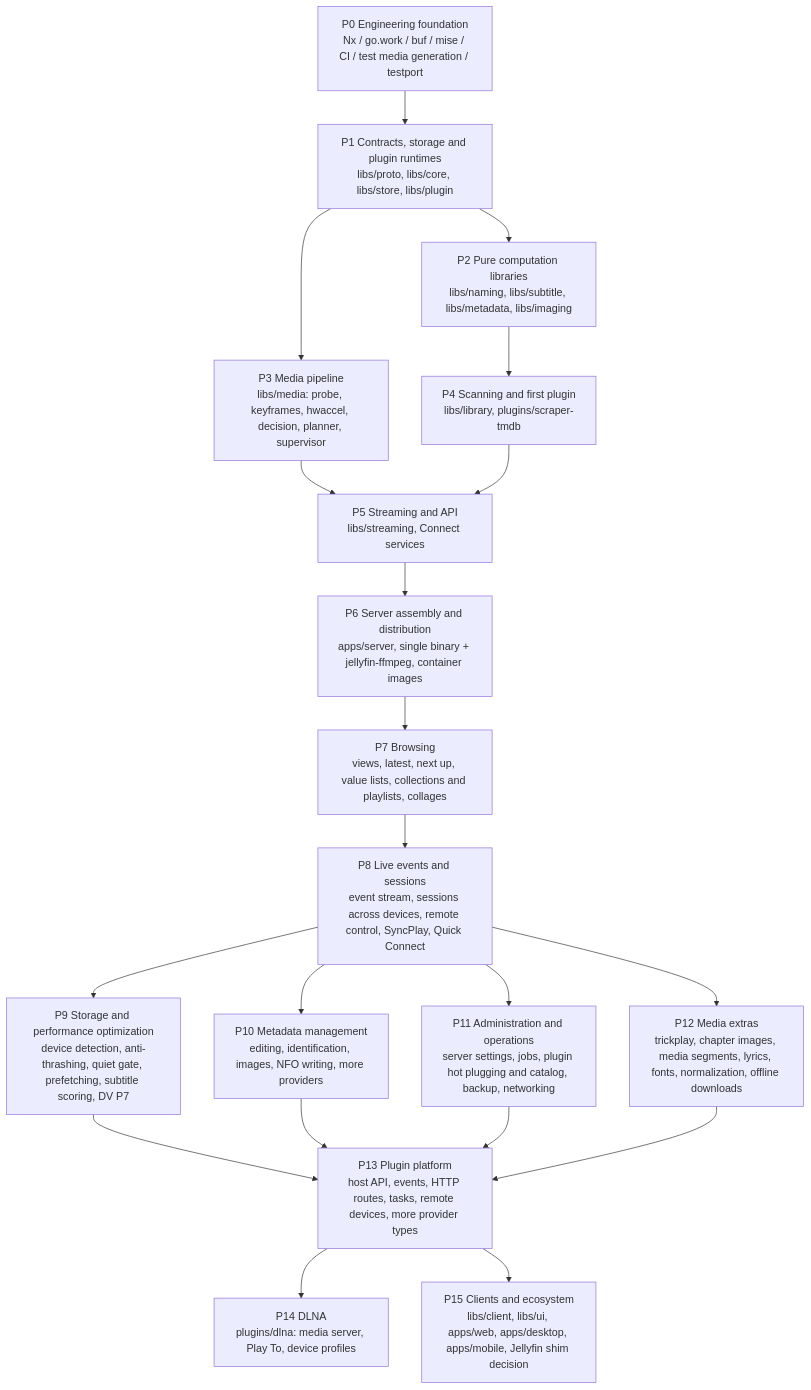
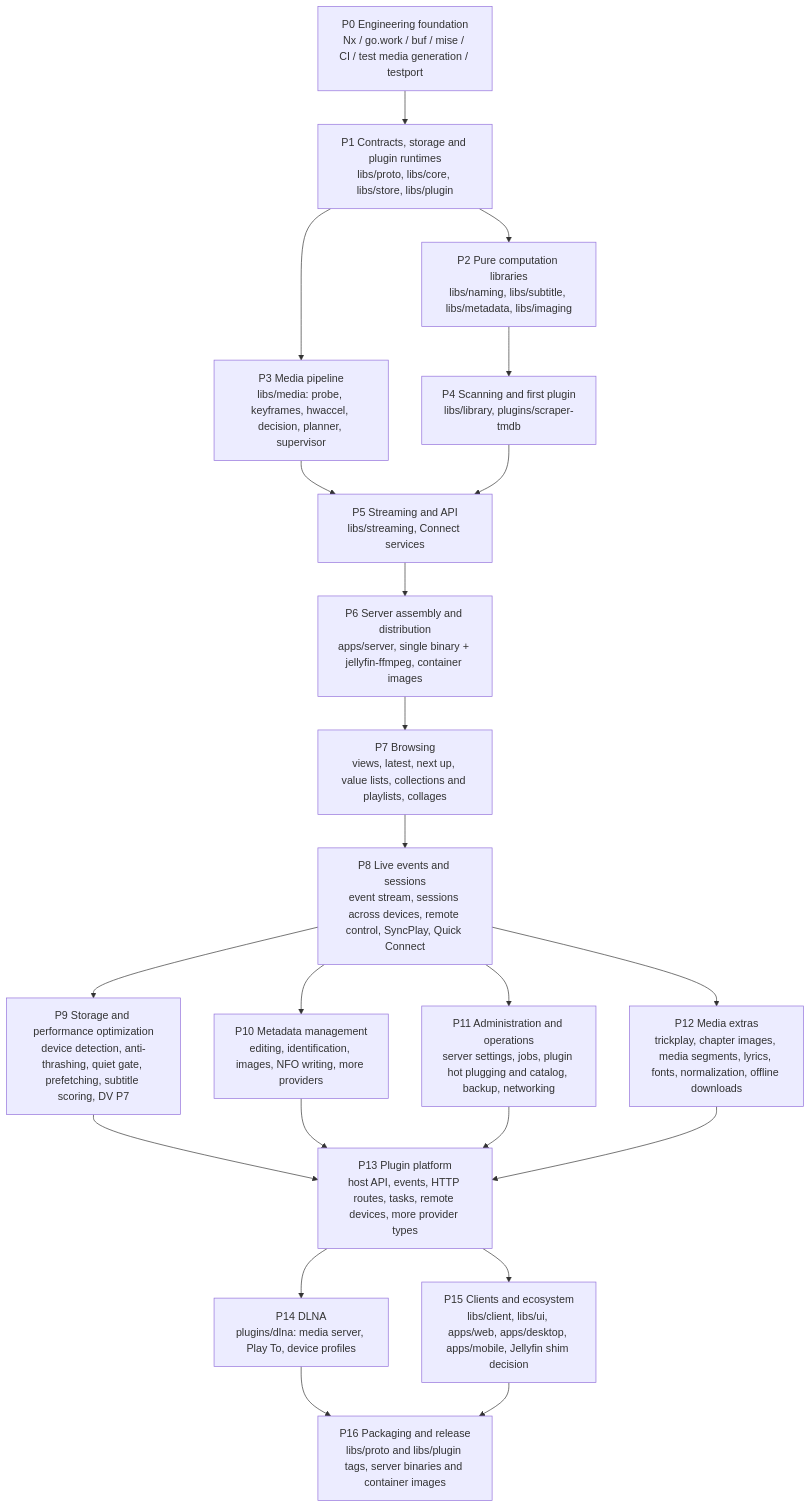
The diagram in docs/roadmap.md (mavioai/mavio), drawn with Mermaid before and after one commit. The commit also changed other lines of this file and 1 other file, not shown here.

````diff
--- a/docs/roadmap.md
+++ b/docs/roadmap.md
@@ -20,39 +20,42 @@
 ```mermaid
 flowchart TD
     P0["P0 Engineering foundation<br/>Nx / go.work / buf / mise / CI / test media generation / testport"]
     P1["P1 Contracts, storage and plugin runtimes<br/>libs/proto, libs/core, libs/store, libs/plugin"]
     P2["P2 Pure computation libraries<br/>libs/naming, libs/subtitle, libs/metadata, libs/imaging"]
     P3["P3 Media pipeline<br/>libs/media: probe, keyframes, hwaccel, decision, planner, supervisor"]
     P4["P4 Scanning and first plugin<br/>libs/library, plugins/scraper-tmdb"]
     P5["P5 Streaming and API<br/>libs/streaming, Connect services"]
     P6["P6 Server assembly and distribution<br/>apps/server, single binary + jellyfin-ffmpeg, container images"]
     P7["P7 Browsing<br/>views, latest, next up, value lists, collections and playlists, collages"]
     P8["P8 Live events and sessions<br/>event stream, sessions across devices, remote control, SyncPlay, Quick Connect"]
     P9["P9 Storage and performance optimization<br/>device detection, anti-thrashing, quiet gate, prefetching, subtitle scoring, DV P7"]
     P10["P10 Metadata management<br/>editing, identification, images, NFO writing, more providers"]
     P11["P11 Administration and operations<br/>server settings, jobs, plugin hot plugging and catalog, backup, networking"]
     P12["P12 Media extras<br/>trickplay, chapter images, media segments, lyrics, fonts, normalization, offline downloads"]
     P13["P13 Plugin platform<br/>host API, events, HTTP routes, tasks, remote devices, more provider types"]
     P14["P14 DLNA<br/>plugins/dlna: media server, Play To, device profiles"]
     P15["P15 Clients and ecosystem<br/>libs/client, libs/ui, apps/web, apps/desktop, apps/mobile, Jellyfin shim decision"]
+    P16["P16 Packaging and release<br/>libs/proto and libs/plugin tags, server binaries and container images"]
 
     P0 --> P1
     P1 --> P2
     P1 --> P3
     P2 --> P4
     P3 --> P5
     P4 --> P5
     P5 --> P6
     P6 --> P7
     P7 --> P8
     P8 --> P9
     P8 --> P10
     P8 --> P11
     P8 --> P12
     P9 --> P13
     P10 --> P13
     P11 --> P13
     P12 --> P13
     P13 --> P14
     P13 --> P15
+    P14 --> P16
+    P15 --> P16
 ```
````
